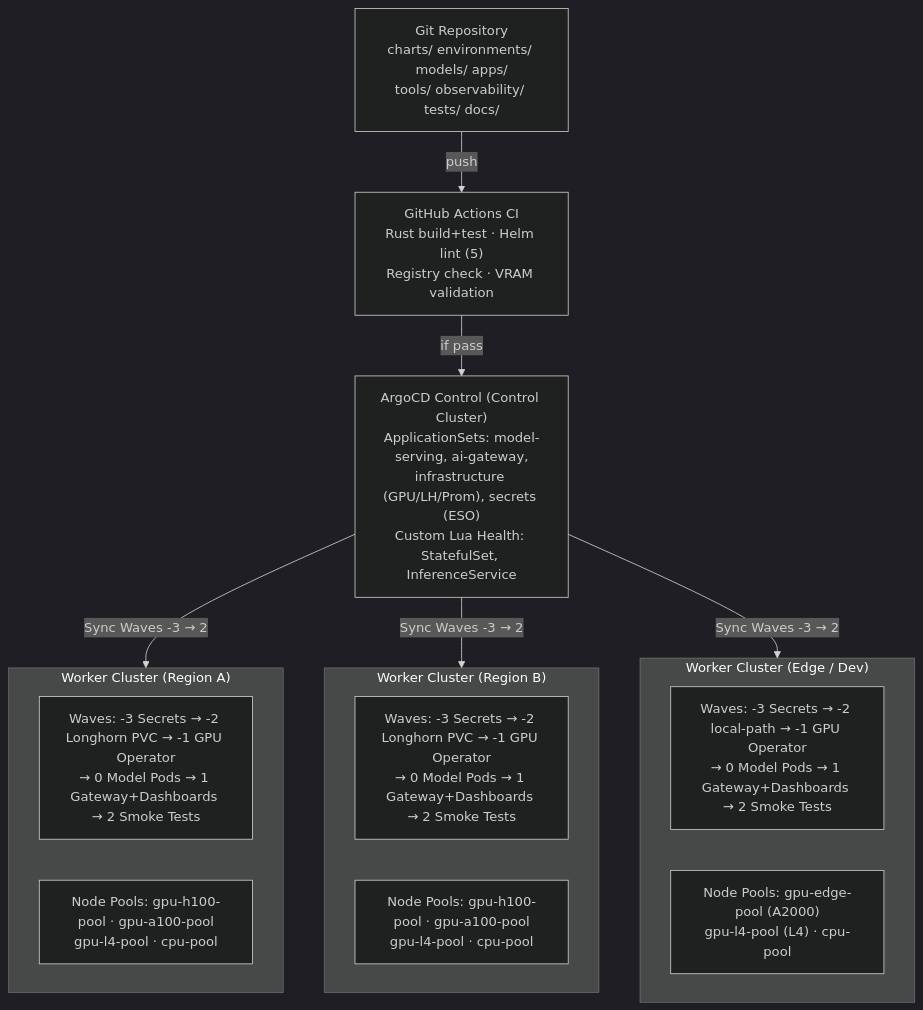
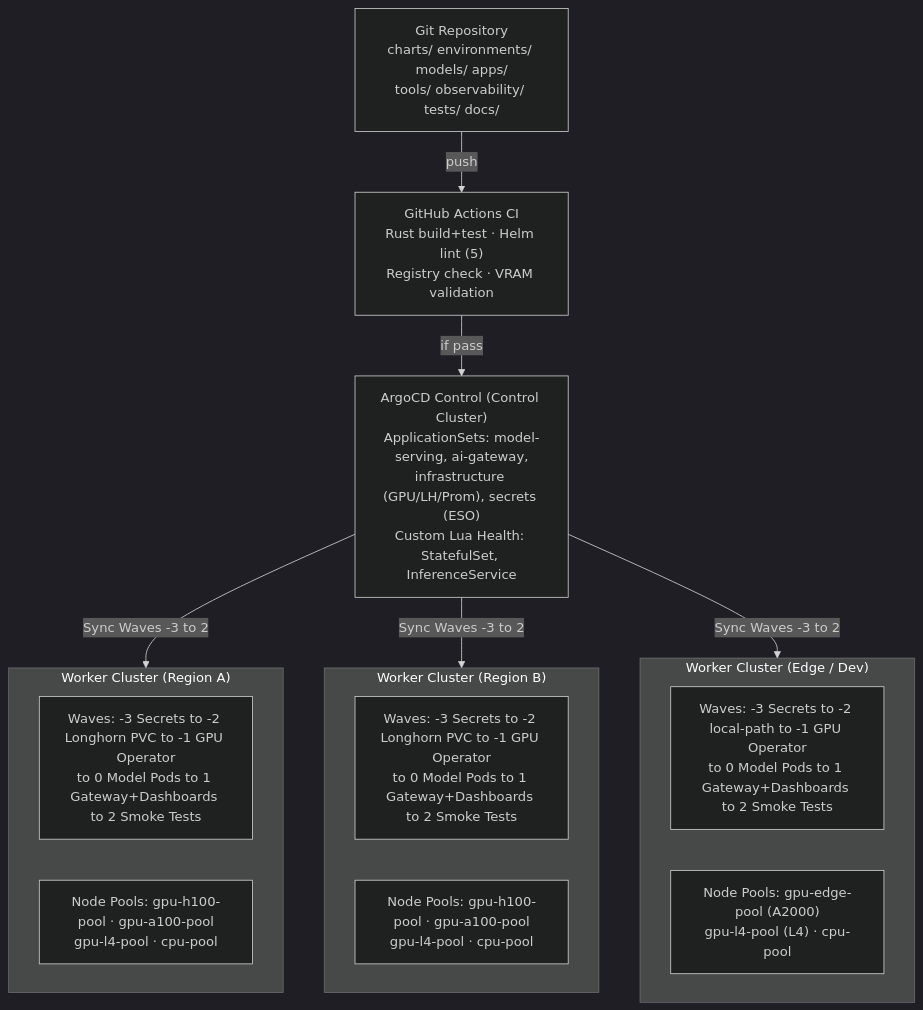
Before and after one commit to ADORSYS-GIS/Custom-Ai-Ops: the second of 9 diagrams in README.md, drawn with Mermaid (dark theme). The commit also changed other lines of this file and 25 other files, not shown here.

````diff
--- a/README.md
+++ b/README.md
@@ -162,28 +162,28 @@
 ```mermaid
 graph TB
     GIT["Git Repository<br/>charts/ environments/ models/ apps/<br/>tools/ observability/ tests/ docs/"]
     CI["GitHub Actions CI<br/>Rust build+test · Helm lint (5)<br/>Registry check · VRAM validation"]
     ARGOCD["ArgoCD Control (Control Cluster)<br/>ApplicationSets: model-serving, ai-gateway,<br/>infrastructure (GPU/LH/Prom), secrets (ESO)<br/>Custom Lua Health: StatefulSet, InferenceService"]
 
     GIT -->|push| CI
     CI -->|if pass| ARGOCD
 
-    ARGOCD -->|Sync Waves -3 → 2| WA
-    ARGOCD -->|Sync Waves -3 → 2| WB
-    ARGOCD -->|Sync Waves -3 → 2| WDEV
+    ARGOCD -->|Sync Waves -3 to 2| WA
+    ARGOCD -->|Sync Waves -3 to 2| WB
+    ARGOCD -->|Sync Waves -3 to 2| WDEV
 
     subgraph WA["Worker Cluster (Region A)"]
-        WA_WAVES["Waves: -3 Secrets → -2 Longhorn PVC → -1 GPU Operator<br/>→ 0 Model Pods → 1 Gateway+Dashboards → 2 Smoke Tests"]
+        WA_WAVES["Waves: -3 Secrets to -2 Longhorn PVC to -1 GPU Operator<br/>to 0 Model Pods to 1 Gateway+Dashboards to 2 Smoke Tests"]
         WA_POOLS["Node Pools: gpu-h100-pool · gpu-a100-pool<br/>gpu-l4-pool · cpu-pool"]
     end
 
     subgraph WB["Worker Cluster (Region B)"]
-        WB_WAVES["Waves: -3 Secrets → -2 Longhorn PVC → -1 GPU Operator<br/>→ 0 Model Pods → 1 Gateway+Dashboards → 2 Smoke Tests"]
+        WB_WAVES["Waves: -3 Secrets to -2 Longhorn PVC to -1 GPU Operator<br/>to 0 Model Pods to 1 Gateway+Dashboards to 2 Smoke Tests"]
         WB_POOLS["Node Pools: gpu-h100-pool · gpu-a100-pool<br/>gpu-l4-pool · cpu-pool"]
     end
 
     subgraph WDEV["Worker Cluster (Edge / Dev)"]
-        WDEV_WAVES["Waves: -3 Secrets → -2 local-path → -1 GPU Operator<br/>→ 0 Model Pods → 1 Gateway+Dashboards → 2 Smoke Tests"]
+        WDEV_WAVES["Waves: -3 Secrets to -2 local-path to -1 GPU Operator<br/>to 0 Model Pods to 1 Gateway+Dashboards to 2 Smoke Tests"]
         WDEV_POOLS["Node Pools: gpu-edge-pool (A2000)<br/>gpu-l4-pool (L4) · cpu-pool"]
     end
 ```
````
